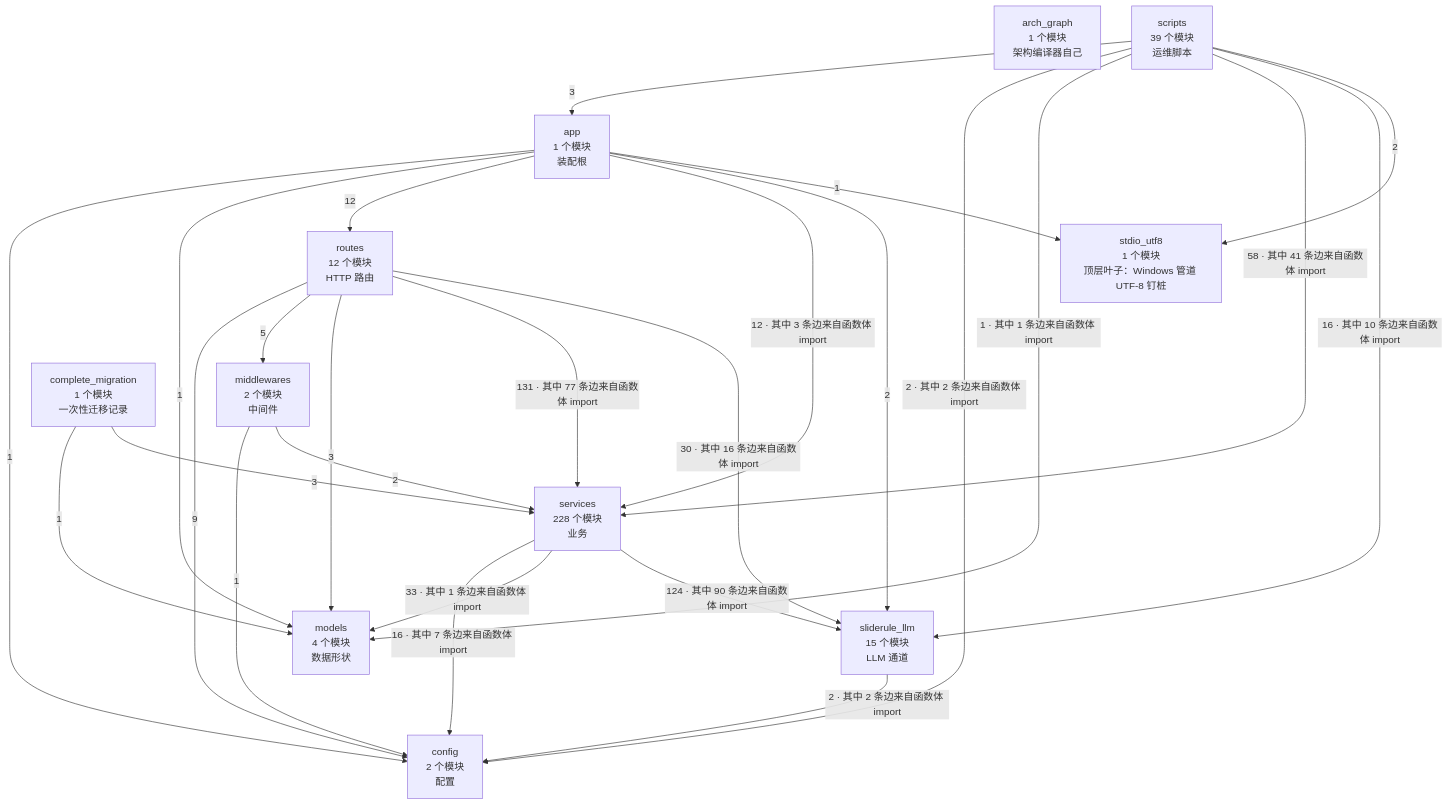
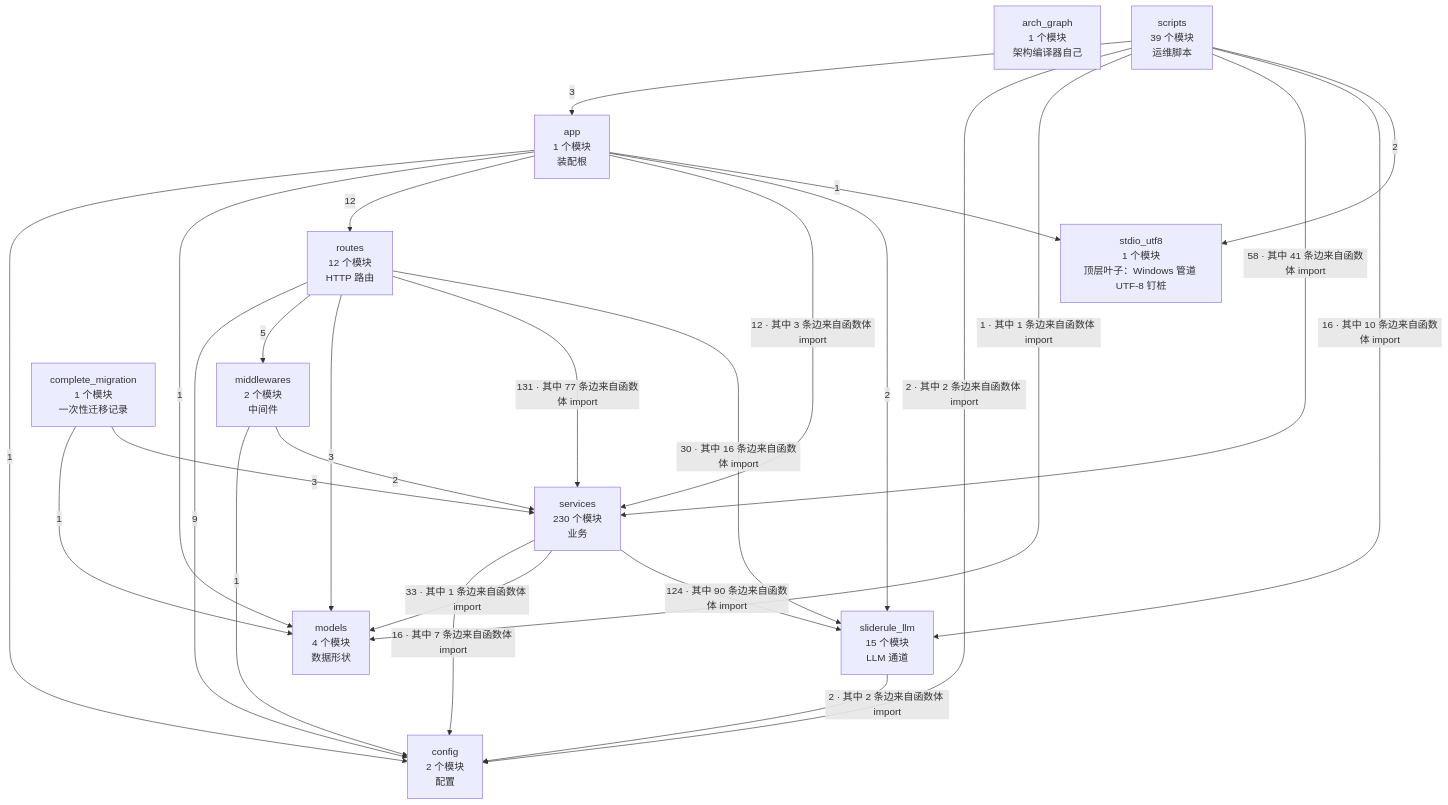
The second of 4 diagrams in docs/SlideRule V6.2 架构图（自动生成）.md (2686521696/WhyBuddy), drawn with Mermaid before and after one commit. The commit also changed other lines of this file and 5 other files, not shown here.

````diff
--- a/docs/SlideRule V6.2 架构图（自动生成）.md
+++ b/docs/SlideRule V6.2 架构图（自动生成）.md
@@ -62,39 +62,39 @@
 ```mermaid
 flowchart TB
   arch_graph["arch_graph<br/>1 个模块<br/>架构编译器自己"]
   config["config<br/>2 个模块<br/>配置"]
   models["models<br/>4 个模块<br/>数据形状"]
   stdio_utf8["stdio_utf8<br/>1 个模块<br/>顶层叶子：Windows 管道 UTF-8 钉桩"]
   sliderule_llm["sliderule_llm<br/>15 个模块<br/>LLM 通道"]
   middlewares["middlewares<br/>2 个模块<br/>中间件"]
-  services["services<br/>228 个模块<br/>业务"]
+  services["services<br/>230 个模块<br/>业务"]
   routes["routes<br/>12 个模块<br/>HTTP 路由"]
   app["app<br/>1 个模块<br/>装配根"]
   complete_migration["complete_migration<br/>1 个模块<br/>一次性迁移记录"]
   scripts["scripts<br/>39 个模块<br/>运维脚本"]
   app -->|1| config
   app -->|1| models
   app -->|12| routes
   app -->|12 · 其中 3 条边来自函数体 import| services
   app -->|2| sliderule_llm
   app -->|1| stdio_utf8
   complete_migration -->|1| models
   complete_migration -->|3| services
   middlewares -->|1| config
   middlewares -->|2| services
   routes -->|9| config
   routes -->|5| middlewares
   routes -->|3| models
   routes -->|131 · 其中 77 条边来自函数体 import| services
   routes -->|30 · 其中 16 条边来自函数体 import| sliderule_llm
   scripts -->|3| app
   scripts -->|2 · 其中 2 条边来自函数体 import| config
   scripts -->|1 · 其中 1 条边来自函数体 import| models
   scripts -->|58 · 其中 41 条边来自函数体 import| services
   scripts -->|16 · 其中 10 条边来自函数体 import| sliderule_llm
   scripts -->|2| stdio_utf8
   services -->|16 · 其中 7 条边来自函数体 import| config
   services -->|33 · 其中 1 条边来自函数体 import| models
   services -->|124 · 其中 90 条边来自函数体 import| sliderule_llm
   sliderule_llm -->|2 · 其中 2 条边来自函数体 import| config
 ```
````
